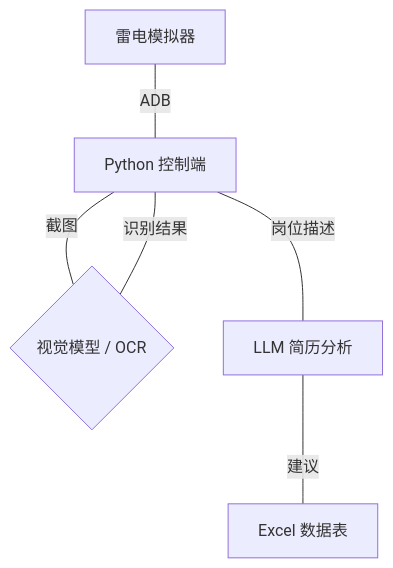
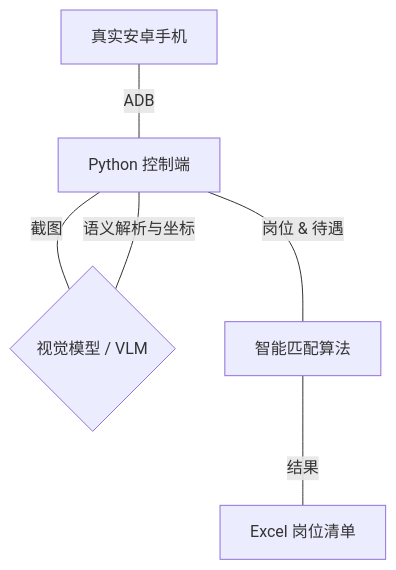
One commit to vmomenv/job-hunting changed the diagram in README.md. Above: the diagram before and after it, drawn with Mermaid. The commit also changed other lines of this file and 8 other files, not shown here.

````diff
--- a/README.md
+++ b/README.md
@@ -12,8 +13,8 @@
 ```mermaid
 graph TD
-    A[雷电模拟器] -- ADB --- B[Python 控制端]
-    B -- 截图 --- C{视觉模型 / OCR}
-    C -- 识别结果 --- B
-    B -- 岗位描述 --- D[LLM 简历分析]
-    D -- 建议 --- E[Excel 数据表]
+    A[真实安卓手机] -- ADB --- B[Python 控制端]
+    B -- 截图 --- C{视觉模型 / VLM}
+    C -- 语义解析与坐标 --- B
+    B -- 岗位 & 待遇 --- D[智能匹配算法]
+    D -- 结果 --- E[Excel 岗位清单]
 ```
````
